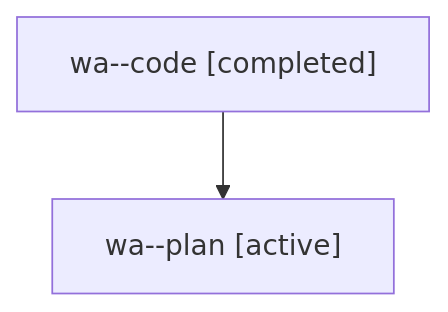
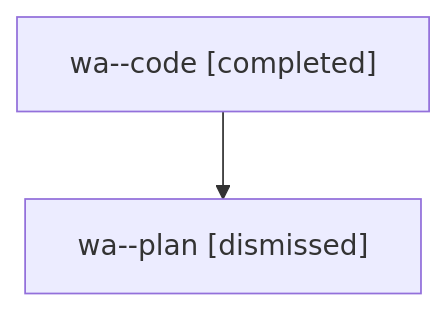
Before and after one commit to sase-org/sase--agents: the diagram in sessions/bbugyi200.athena.wa.md, drawn with Mermaid. The commit also changed other lines of this file and 24 other files, not shown here.

````diff
--- a/sessions/bbugyi200.athena.wa.md
+++ b/sessions/bbugyi200.athena.wa.md
@@ -9,6 +9,6 @@
 ```mermaid
 flowchart TD
   n0["wa--code [completed]"]
-  n1["wa--plan [active]"]
+  n1["wa--plan [dismissed]"]
   n0 --> n1
 ```
````
